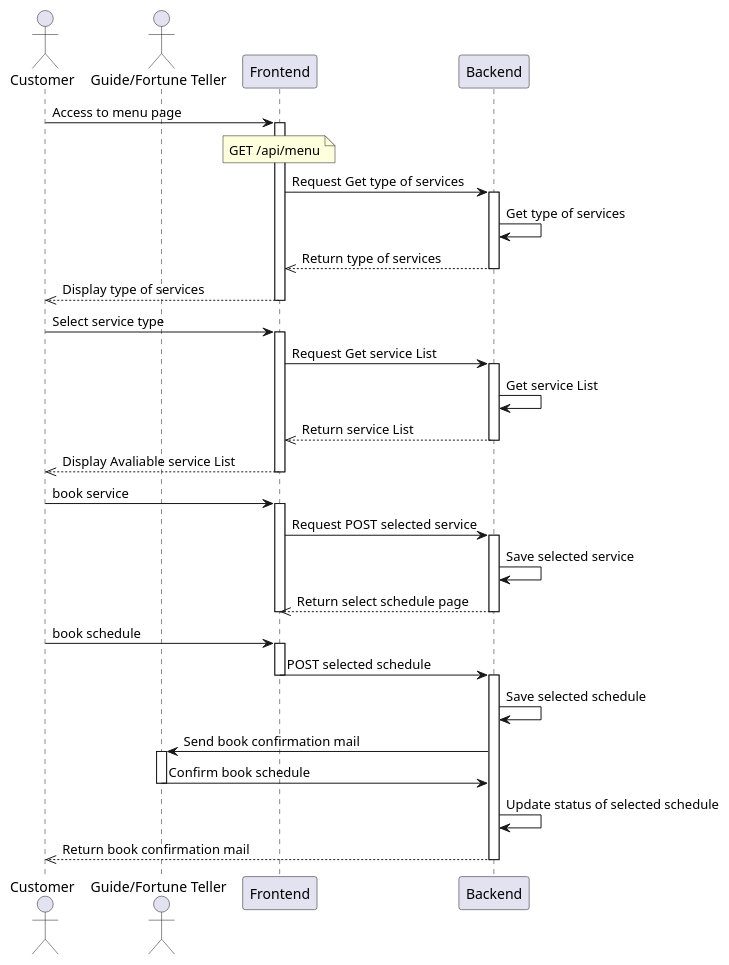
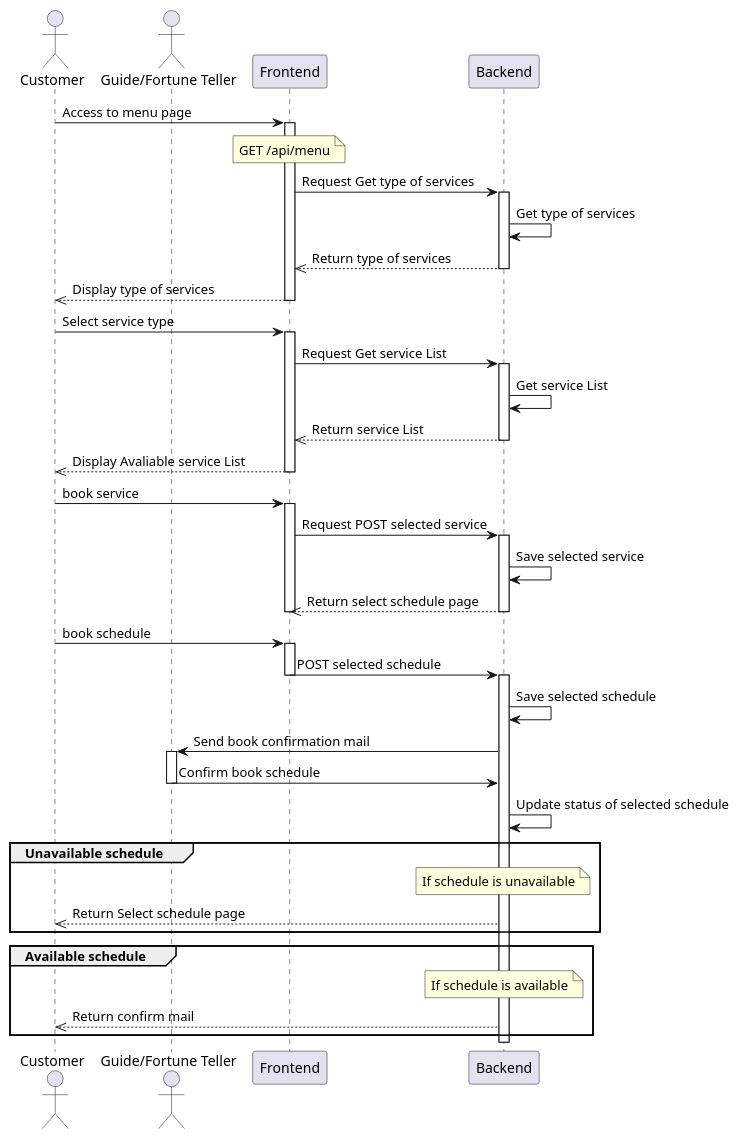
One commit to Nxwbtk/SA-Diagram changed the third of 7 diagrams in Sequence-diagram.plantuml. Above: the diagram before and after it, drawn with PlantUML. The commit also changed other lines of this file and 10 other files, not shown here.

Commit message:
Update sequence

```diff
--- a/Sequence-diagram.plantuml
+++ b/Sequence-diagram.plantuml
@@ -56,46 +56,53 @@
 @startuml
 actor Customer
 actor "Guide/Fortune Teller" as GF
 participant "Frontend" as FE
 participant "Backend" as BE
 Customer -> FE: Access to menu page
 activate FE
 note over FE: GET /api/menu
 FE -> BE: Request Get type of services
 activate BE
 BE -> BE: Get type of services
 BE -->> FE: Return type of services
 deactivate BE
 FE -->> Customer: Display type of services
 deactivate FE
 Customer -> FE: Select service type
 activate FE
 FE -> BE: Request Get service List
 activate BE
 BE -> BE: Get service List
 BE -->> FE: Return service List
 deactivate BE
 FE -->> Customer: Display Avaliable service List
 deactivate FE
 Customer -> FE: book service
 activate FE
 FE -> BE: Request POST selected service
 activate BE
 BE -> BE: Save selected service
 BE -->> FE: Return select schedule page
 deactivate BE
 deactivate FE
 Customer -> FE: book schedule
 activate FE
 FE -> BE: POST selected schedule
 deactivate FE
 activate BE
 BE -> BE: Save selected schedule
 BE -> GF: Send book confirmation mail
 activate GF
 GF -> BE: Confirm book schedule
 deactivate GF
 BE -> BE: Update status of selected schedule
-BE -->> Customer: Return book confirmation mail
+group Unavailable schedule
+	note over BE: If schedule is unavailable
+	BE -->> Customer: Return Select schedule page
+end
+group Available schedule
+	note over BE: If schedule is available
+	BE -->> Customer: Return confirm mail
+end
 deactivate BE
 @enduml
```
